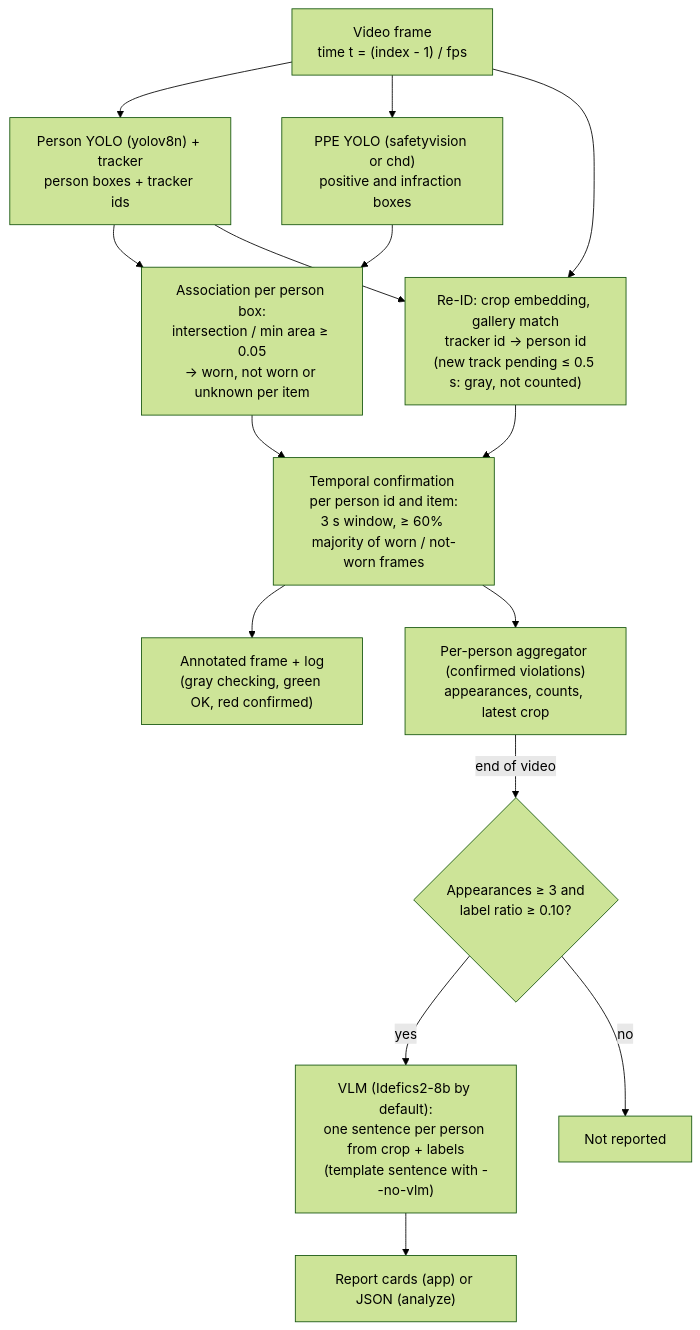
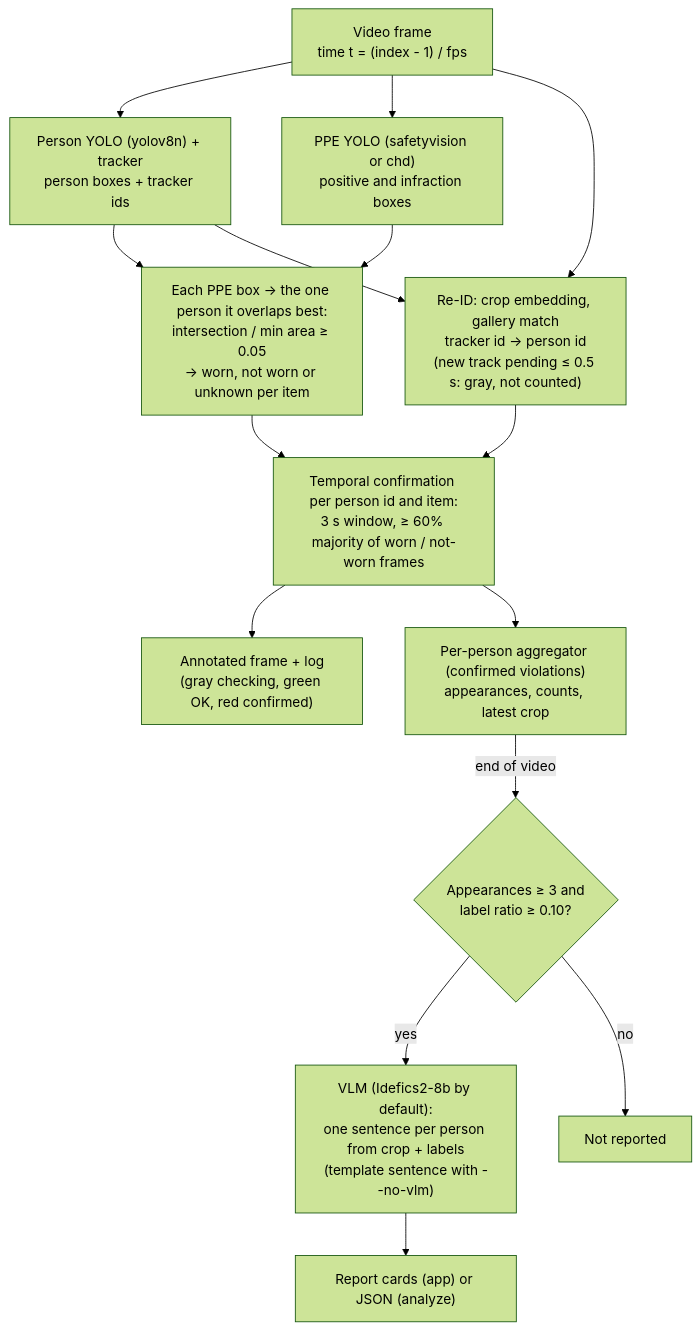
Before and after one commit to karemdm/ppe-compliance-vlm: the diagram in README.md, drawn with Mermaid (forest theme). The commit also changed other lines of this file and 4 other files, not shown here.

Commit message:
Assign each PPE box to the single person it overlaps best

````diff
--- a/README.md
+++ b/README.md
@@ -69,17 +69,17 @@
 ```mermaid
 flowchart TD
     A["Video frame<br/>time t = (index - 1) / fps"] --> B["Person YOLO (yolov8n) + tracker<br/>person boxes + tracker ids"]
     A --> C["PPE YOLO (safetyvision or chd)<br/>positive and infraction boxes"]
-    B --> F["Association per person box:<br/>intersection / min area ≥ 0.05<br/>→ worn, not worn or unknown per item"]
+    B --> F["Each PPE box → the one person it overlaps best:<br/>intersection / min area ≥ 0.05<br/>→ worn, not worn or unknown per item"]
     C --> F
     A --> R
     B --> R["Re-ID: crop embedding, gallery match<br/>tracker id → person id<br/>(new track pending ≤ 0.5 s: gray, not counted)"]
     F --> T["Temporal confirmation per person id and item:<br/>3 s window, ≥ 60% majority of worn / not-worn frames"]
     R --> T
     T --> G["Annotated frame + log<br/>(gray checking, green OK, red confirmed)"]
     T --> H["Per-person aggregator (confirmed violations)<br/>appearances, counts, latest crop"]
     H -- end of video --> I{"Appearances ≥ 3 and<br/>label ratio ≥ 0.10?"}
     I -- yes --> J["VLM (Idefics2-8b by default):<br/>one sentence per person from crop + labels<br/>(template sentence with --no-vlm)"]
     I -- no --> K["Not reported"]
     J --> L["Report cards (app) or JSON (analyze)"]
 ```
````
